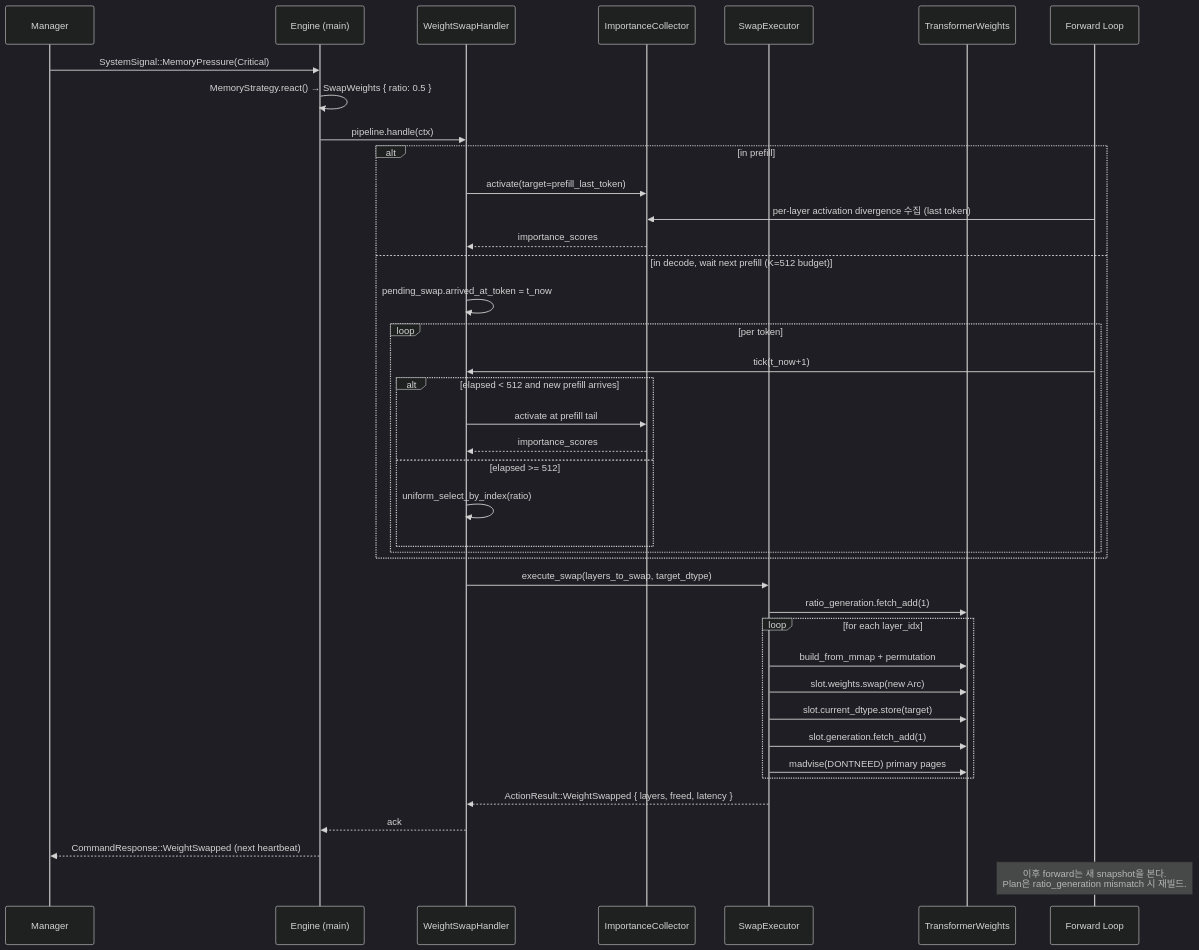
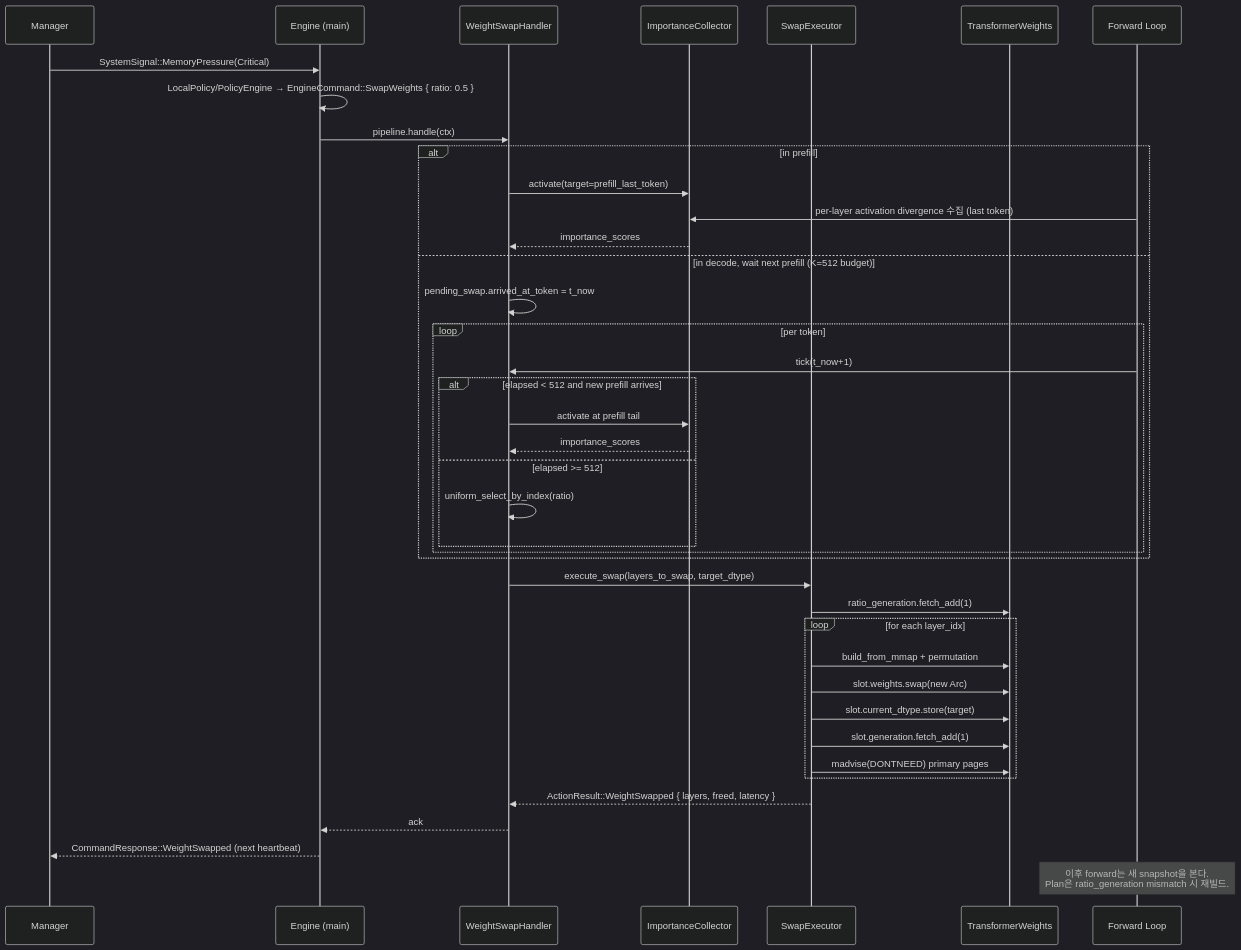
Before and after one commit to hedone21/llm_rs2: the second of 24 diagrams in arch/weight_swap.md, drawn with Mermaid (dark theme). The commit also changed other lines of this file and 3 other files, not shown here.

First line of the commit message:
docs(arch): α-W-3 arch drift-sync — 구 resilience 어휘를 EngineCommand 단일로 정리

````diff
--- a/arch/weight_swap.md
+++ b/arch/weight_swap.md
@@ -104,46 +106,46 @@
 ```mermaid
 sequenceDiagram
     participant Mgr as Manager
     participant Eng as Engine (main)
     participant Handler as WeightSwapHandler
     participant IC as ImportanceCollector
     participant Exec as SwapExecutor
     participant Model as TransformerWeights
     participant Fwd as Forward Loop
 
     Mgr->>Eng: SystemSignal::MemoryPressure(Critical)
-    Eng->>Eng: MemoryStrategy.react() → SwapWeights { ratio: 0.5 }
+    Eng->>Eng: LocalPolicy/PolicyEngine → EngineCommand::SwapWeights { ratio: 0.5 }
     Eng->>Handler: pipeline.handle(ctx)
 
     alt in prefill
         Handler->>IC: activate(target=prefill_last_token)
         Fwd->>IC: per-layer activation divergence 수집 (last token)
         IC-->>Handler: importance_scores
     else in decode, wait next prefill (K=512 budget)
         Handler->>Handler: pending_swap.arrived_at_token = t_now
         loop per token
             Fwd->>Handler: tick(t_now+1)
             alt elapsed < 512 and new prefill arrives
                 Handler->>IC: activate at prefill tail
                 IC-->>Handler: importance_scores
             else elapsed >= 512
                 Handler->>Handler: uniform_select_by_index(ratio)
             end
         end
     end
 
     Handler->>Exec: execute_swap(layers_to_swap, target_dtype)
     Exec->>Model: ratio_generation.fetch_add(1)
     loop for each layer_idx
         Exec->>Model: build_from_mmap + permutation
         Exec->>Model: slot.weights.swap(new Arc)
         Exec->>Model: slot.current_dtype.store(target)
         Exec->>Model: slot.generation.fetch_add(1)
         Exec->>Model: madvise(DONTNEED) primary pages
     end
     Exec-->>Handler: ActionResult::WeightSwapped { layers, freed, latency }
     Handler-->>Eng: ack
     Eng-->>Mgr: CommandResponse::WeightSwapped (next heartbeat)
 
     Note over Fwd: 이후 forward는 새 snapshot을 본다.<br/>Plan은 ratio_generation mismatch 시 재빌드.
 ```
````
